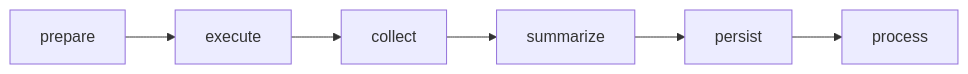
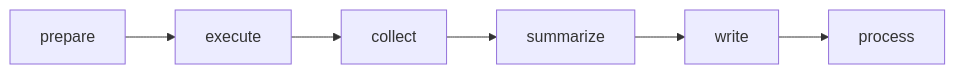
One commit to diaoenmao/RPipe changed the fourth of 5 diagrams in docs/CONCEPT.md. Above: the diagram before and after it, drawn with Mermaid. The commit also changed other lines of this file and 11 other files, not shown here.

````diff
--- a/docs/CONCEPT.md
+++ b/docs/CONCEPT.md
@@ -262,8 +179,4 @@
 ```mermaid
 flowchart LR
-  prepare --> execute
-  execute --> collect
-  collect --> summarize
-  summarize --> persist
-  persist --> process
+  prepare --> execute --> collect --> summarize --> write --> process
 ```
````
